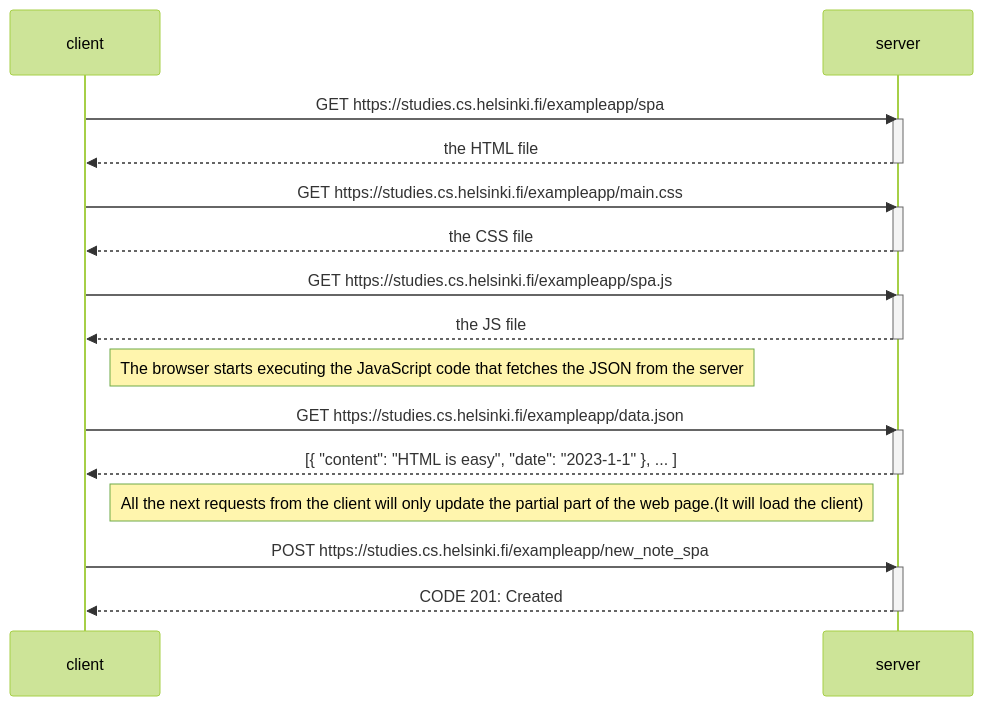
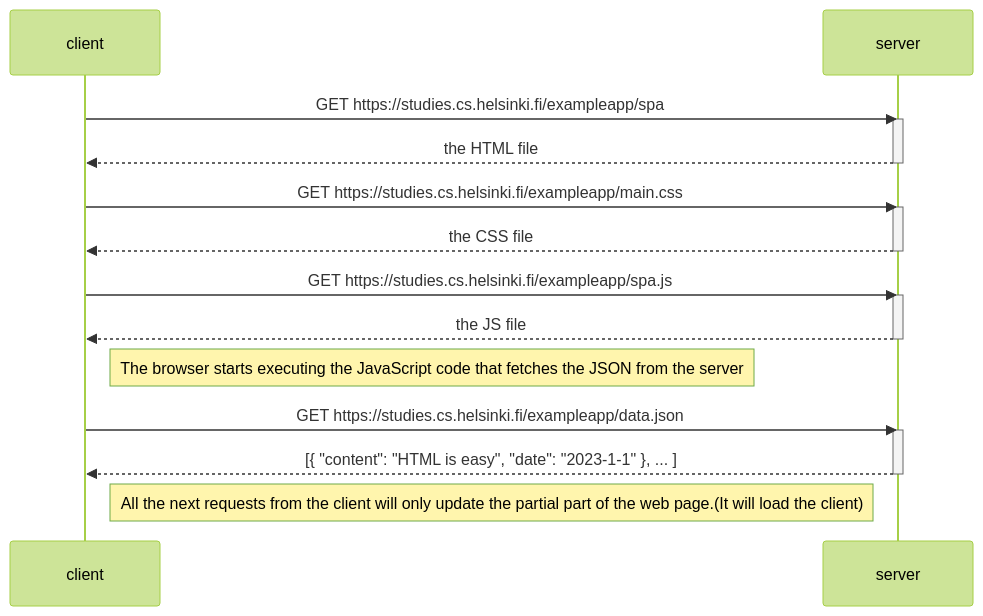
Before and after one commit to VYashchenko/Helsinki_uni_part0: the diagram in ex05.md, drawn with Mermaid (forest theme).

````diff
--- a/ex05.md
+++ b/ex05.md
@@ -1,37 +1,31 @@
 ``` mermaid
     sequenceDiagram
         participant client
         participant server
 
         client ->> server: GET https://studies.cs.helsinki.fi/exampleapp/spa
         activate server
         server -->> client: the HTML file
         deactivate server
 
         client ->> server: GET https://studies.cs.helsinki.fi/exampleapp/main.css
         activate server
         server -->> client: the CSS file
         deactivate server
 
         client ->> server: GET https://studies.cs.helsinki.fi/exampleapp/spa.js
         activate server
         server -->> client: the JS file
         deactivate server
 
         Note right of client: The browser starts executing the JavaScript code that fetches the JSON from the server
 
         client ->> server: GET https://studies.cs.helsinki.fi/exampleapp/data.json
         activate server
         server -->> client:  [{ "content": "HTML is easy", "date": "2023-1-1" }, ... ]
         deactivate server
 
         Note right of client: All the next requests from the client will only update the partial part of the web page.(It will load the client)
 
-        client ->> server: POST https://studies.cs.helsinki.fi/exampleapp/new_note_spa
-        activate server
-        server -->> client: CODE 201: Created
-        deactivate server
-
-
 
 ```
````
